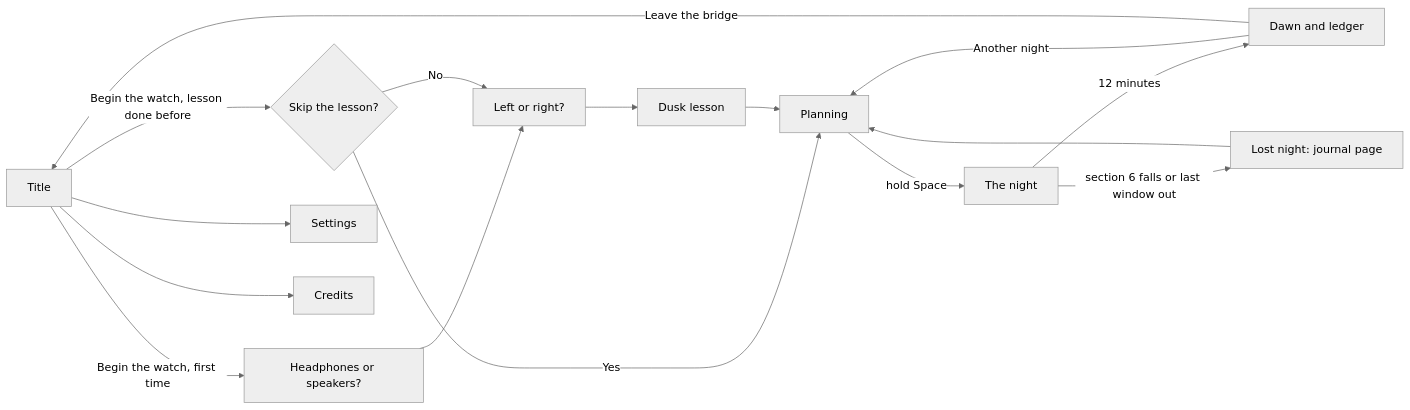
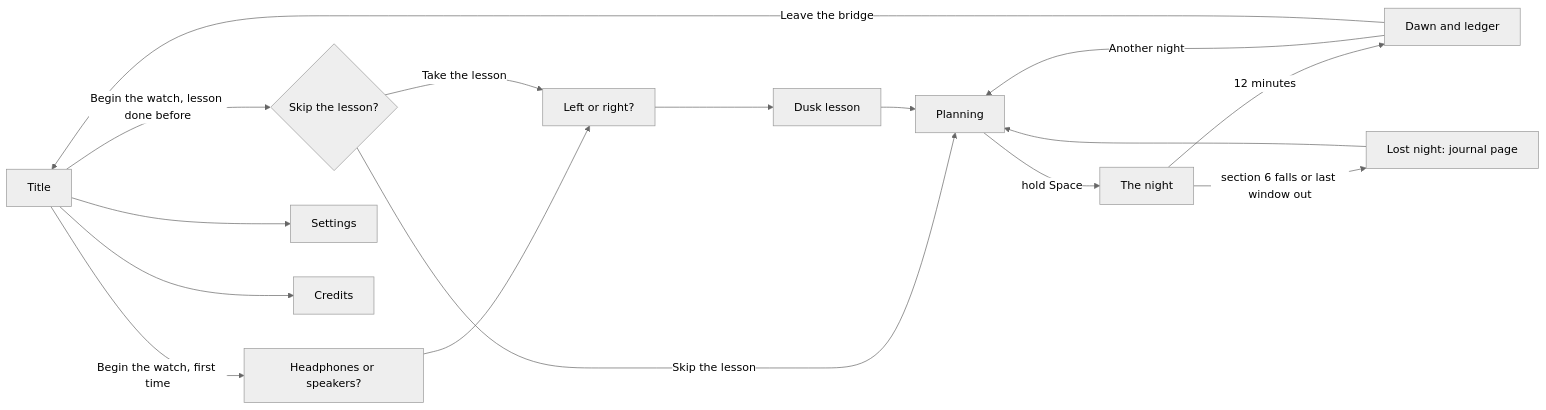
Before and after one commit to sonlemin/3d: the diagram in _bmad-output/planning-artifacts/ux-designs/ux-3d_game-2026-11-19/EXPERIENCE.md, drawn with Mermaid (neutral theme). The commit also changed other lines of this file and 27 other files, not shown here.

````diff
--- a/_bmad-output/planning-artifacts/ux-designs/ux-3d_game-2026-11-19/EXPERIENCE.md
+++ b/_bmad-output/planning-artifacts/ux-designs/ux-3d_game-2026-11-19/EXPERIENCE.md
@@ -27,18 +29,18 @@
 ```mermaid
 flowchart LR
   T[Title] -->|Begin the watch, first time| HS[Headphones or speakers?]
   HS --> LRC[Left or right?]
   LRC --> DL[Dusk lesson]
   T -->|Begin the watch, lesson done before| SK{Skip the lesson?}
-  SK -->|No| LRC
-  SK -->|Yes| PL[Planning]
+  SK -->|Take the lesson| LRC
+  SK -->|Skip the lesson| PL[Planning]
   DL --> PL
   PL -->|hold Space| N[The night]
   N -->|12 minutes| D[Dawn and ledger]
   N -->|section 6 falls or last window out| LN[Lost night: journal page]
   LN --> PL
   D -->|Another night| PL
   D -->|Leave the bridge| T
   T --> S[Settings]
   T --> C[Credits]
 ```
````
